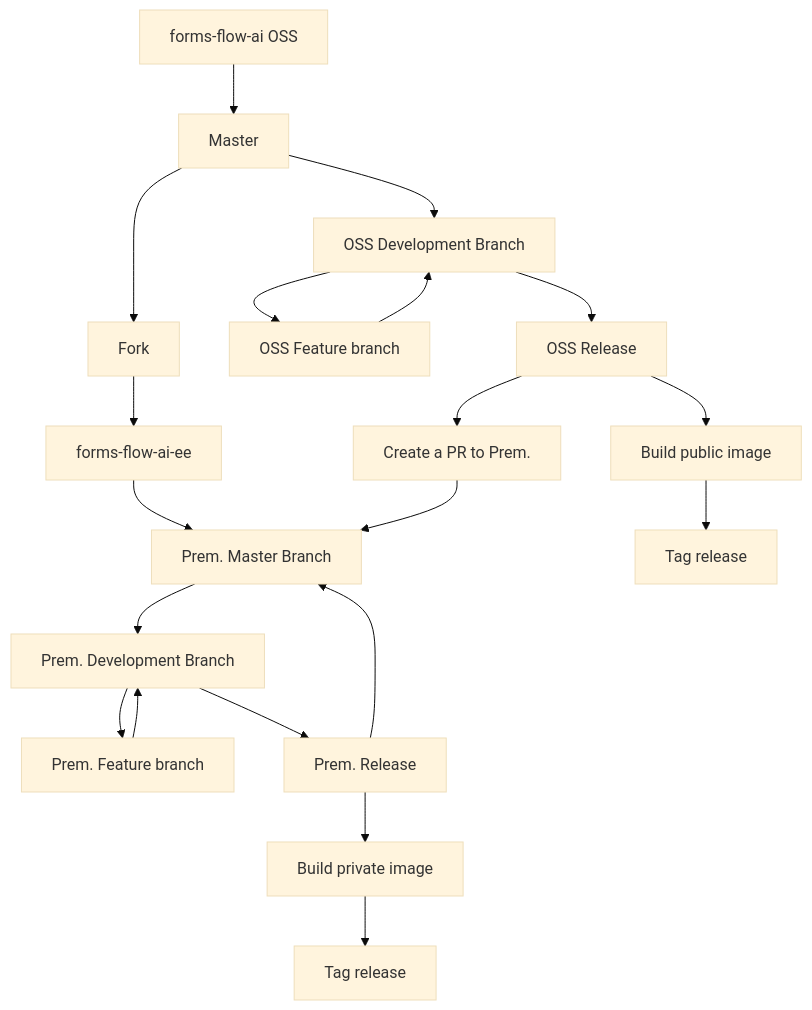
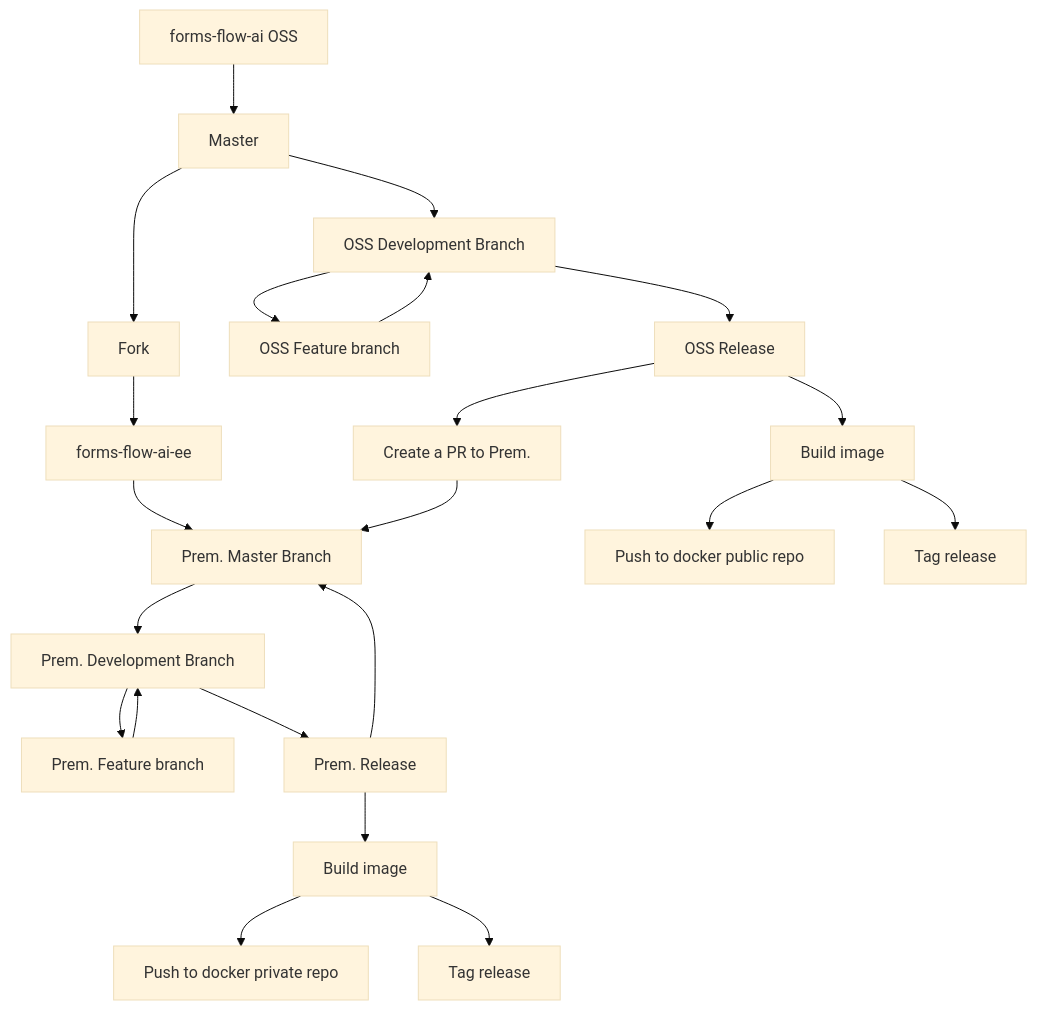
Before and after one commit to sumesh-aot/forms-flow-ai-rfcs: the second of 2 diagrams in rfcs/packaging-changes.md, drawn with Mermaid (base theme).

````diff
--- a/rfcs/packaging-changes.md
+++ b/rfcs/packaging-changes.md
@@ -40,24 +40,26 @@
 ```mermaid
 graph TD
   S1[forms-flow-ai OSS] --> C2[Master]
   C2 --> S2[Fork]
   S2 --> S3[forms-flow-ai-ee]
   S3 --> S4[Prem. Master Branch]
   S4 --> C3[Prem. Development Branch]
   C3 --> C4[Prem. Feature branch]
   C4 --> C3
   C3 --> C5[Prem. Release]
-  C5 --> C6[Build private image]
+  C5 --> C6[Build image]
+  C6 --> C8[Push to docker private repo]
   C6 --> C7[Tag release]
   C5 --> S4
 
   C2 --> O3[OSS Development Branch]
   O3 --> O4[OSS Feature branch]
   O4 --> O3
   O3 --> O5[OSS Release]
-  O5 --> O6[Build public image]
+  O5 --> O6[Build image]
+  O6 --> O9[Push to docker public repo]
   O6 --> O8[Tag release]
   O5 --> O7[Create a PR to Prem.]
   O7 --> S4
 
 ```
````
